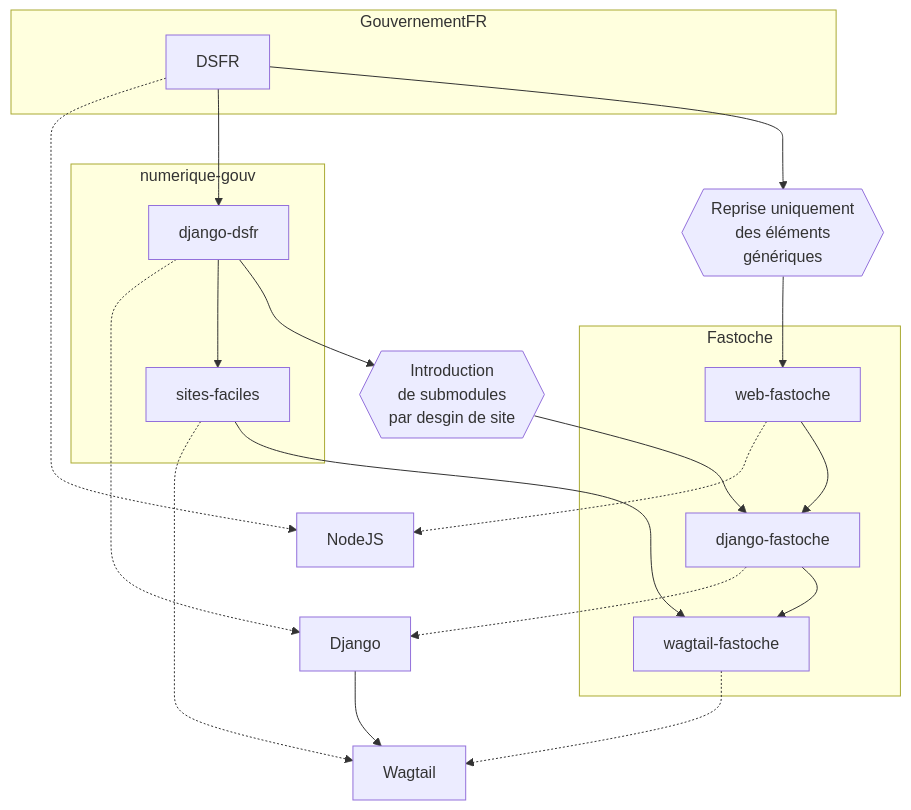
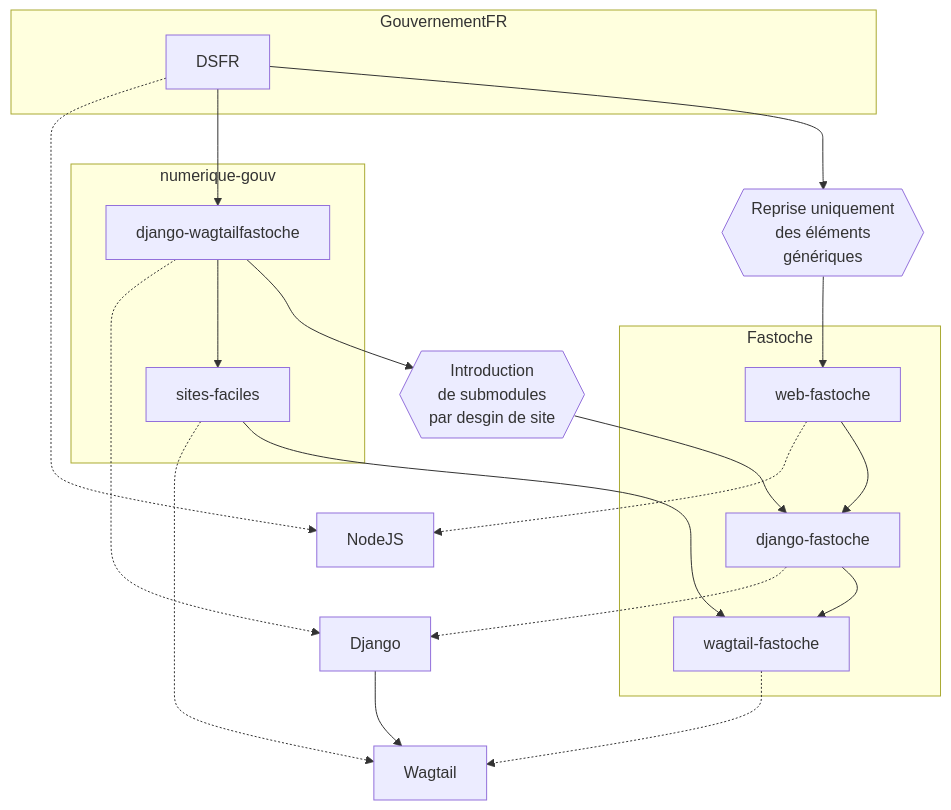
Before and after one commit to chris2fr/wagtail-village: the diagram in README.md, drawn with Mermaid. The commit also changed other lines of this file and 14 other files, not shown here.

````diff
--- a/README.md
+++ b/README.md
@@ -21,37 +21,37 @@
 ```mermaid
 flowchart TD
 
 subgraph GouvernementFR
 	DSFR
 end
 subgraph numerique-gouv
-	django-dsfr
+	django-wagtailfastoche
 	sites-faciles
 end
 subgraph Fastoche 
 	web-fastoche
 	django-fastoche
 	wagtail-fastoche
 end
 
 
-django-dsfr -.-> Django 
+django-wagtailfastoche -.-> Django 
  sites-faciles-.-> Wagtail 
  django-fastoche -.-> Django
 wagtail-fastoche -.-> Wagtail 
 DSFR -.-> NodeJS 
 web-fastoche  -.-> NodeJS 
 
-DSFR --> django-dsfr
-django-dsfr --> sites-faciles
+DSFR --> django-wagtailfastoche
+django-wagtailfastoche --> sites-faciles
 DSFR --> uniquement-generique{{Reprise uniquement\ndes éléments\ngénériques}}
 uniquement-generique --> web-fastoche
 web-fastoche --> django-fastoche
 
-django-dsfr --> intro-submodules{{Introduction\nde submodules\npar desgin de site}}
+django-wagtailfastoche --> intro-submodules{{Introduction\nde submodules\npar desgin de site}}
 intro-submodules --> django-fastoche
 django-fastoche --> wagtail-fastoche
 sites-faciles --> wagtail-fastoche
 
 Django --> Wagtail
 ```
````
